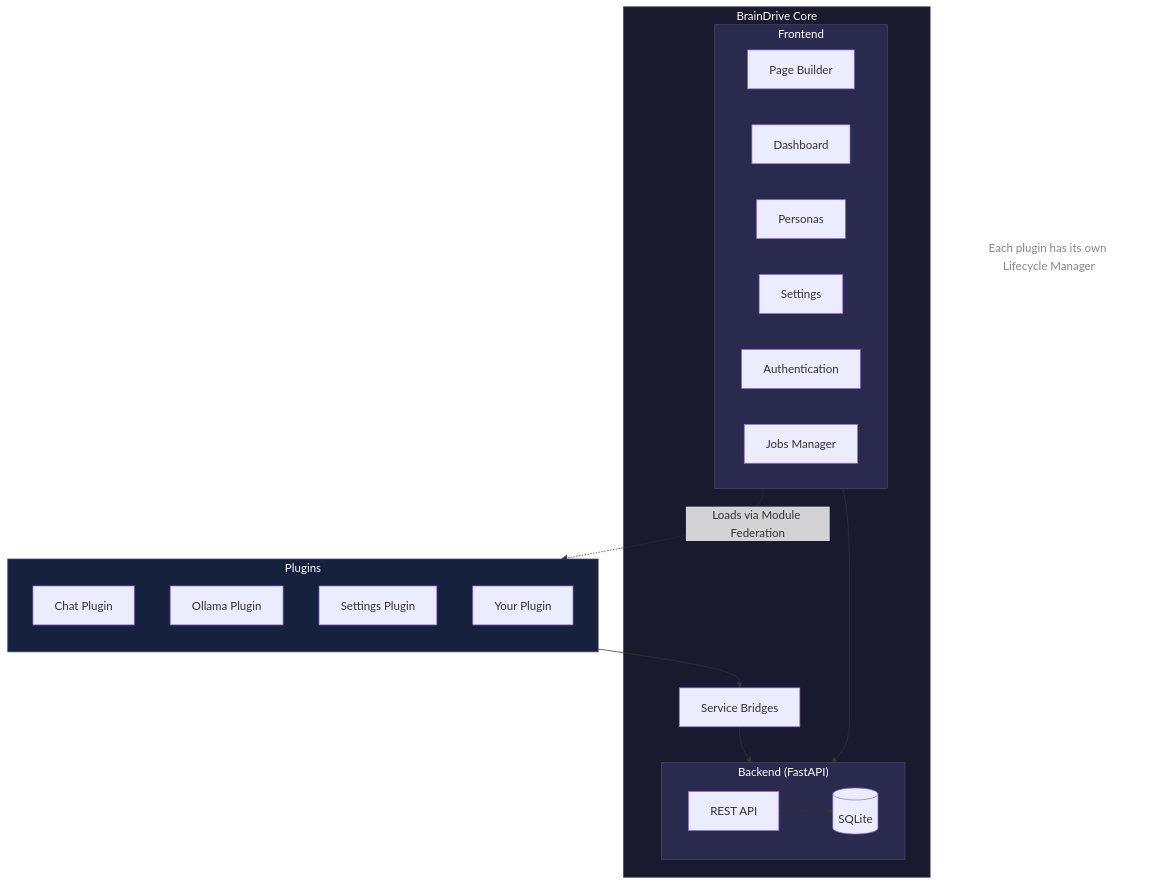
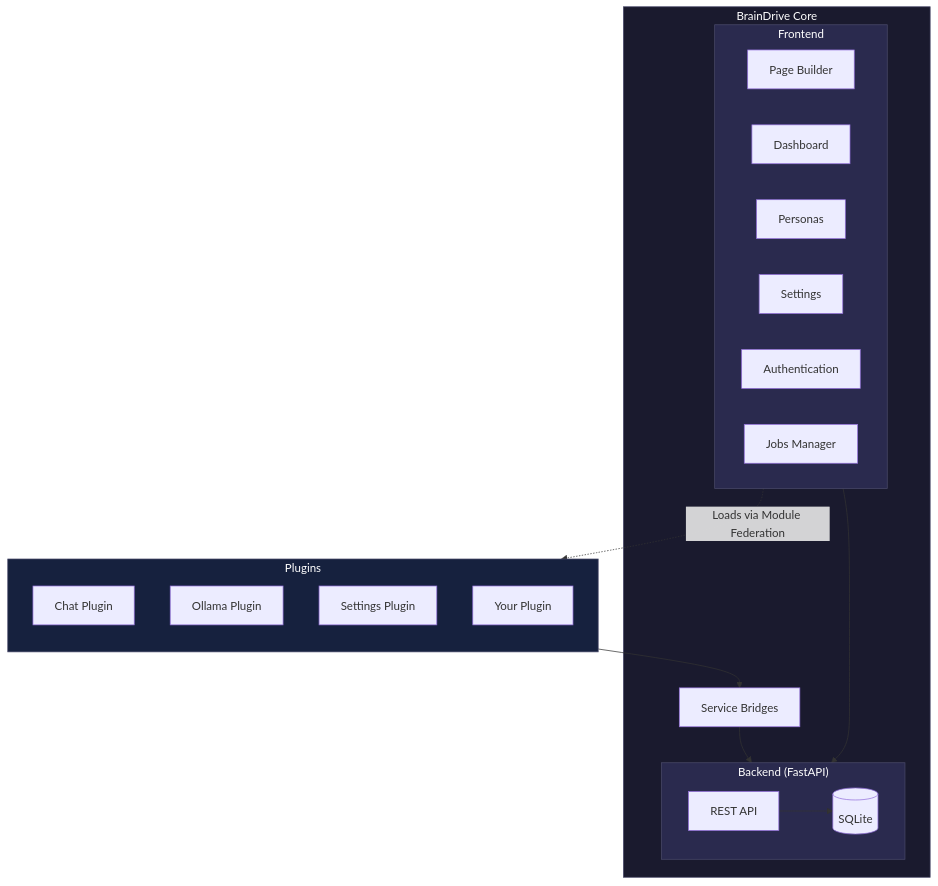
The diagram in README.md (BrainDriveAI/BrainDrive-Core), drawn with Mermaid before and after one commit.

Commit message:
Remove lifecycle manager note from architecture diagram

````diff
--- a/README.md
+++ b/README.md
@@ -81,45 +81,42 @@
 ```mermaid
 flowchart TB
     subgraph Core ["BrainDrive Core"]
         subgraph Frontend ["Frontend"]
             direction LR
             PB[Page Builder]
             DASH[Dashboard]
             PERS[Personas]
             SET[Settings]
             AUTH[Authentication]
             JOBS[Jobs Manager]
         end
 
         SB[Service Bridges]
 
         subgraph Backend ["Backend (FastAPI)"]
             direction LR
             API[REST API]
             DB[(SQLite)]
         end
 
         Frontend --> API
         SB --> API
         API --> DB
     end
 
     subgraph Plugins ["Plugins"]
         direction TB
         P1[Chat Plugin]
         P2[Ollama Plugin]
         P3[Settings Plugin]
         P4[Your Plugin]
     end
 
     Frontend -.->|Loads via Module Federation| Plugins
     Plugins --> SB
 
-    note[Each plugin has its own Lifecycle Manager]
-
     style Core fill:#1a1a2e,stroke:#4a4a6a,color:#fff
     style Frontend fill:#2a2a4e,stroke:#4a4a6a,color:#fff
     style Backend fill:#2a2a4e,stroke:#4a4a6a,color:#fff
     style Plugins fill:#16213e,stroke:#4a4a6a,color:#fff
-    style note fill:none,stroke:none,color:#888
 ```
````
